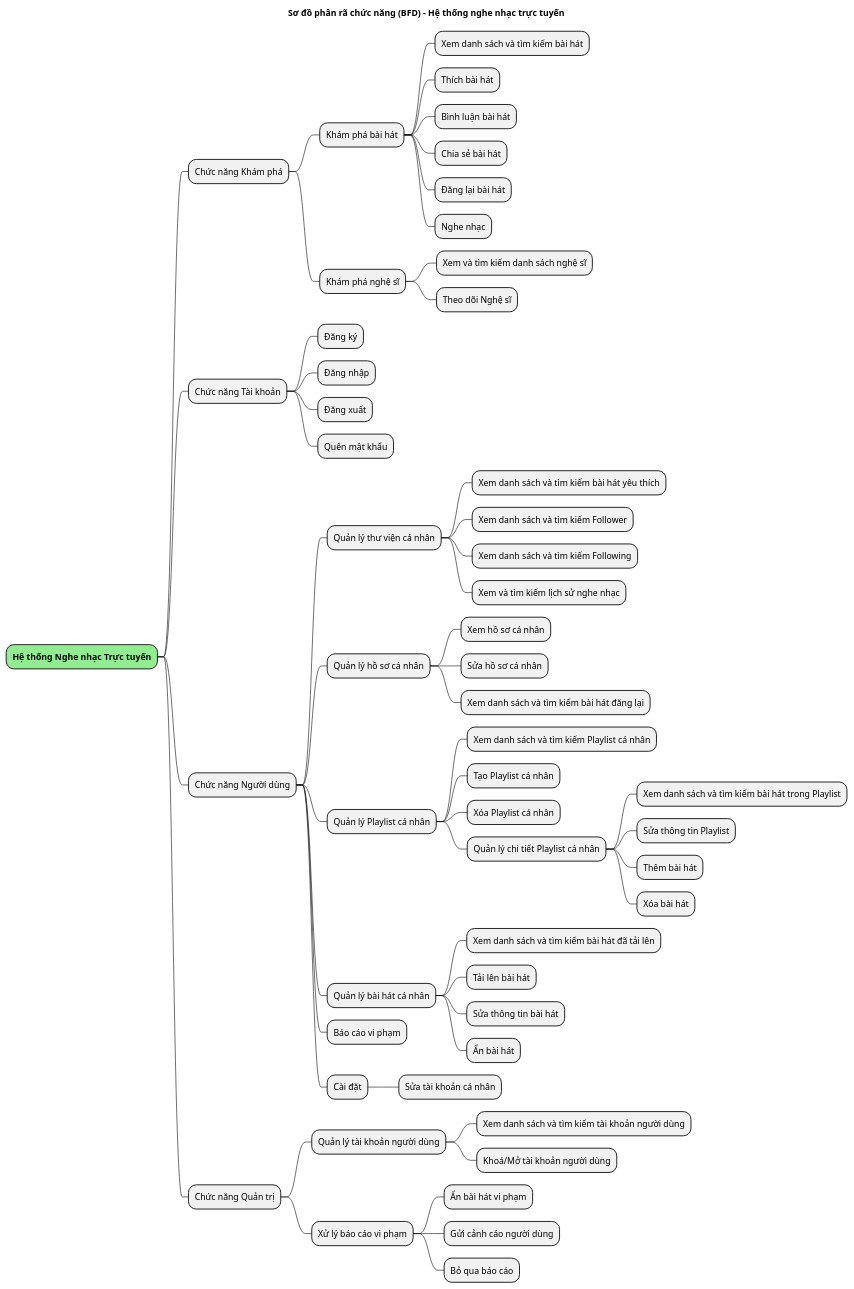
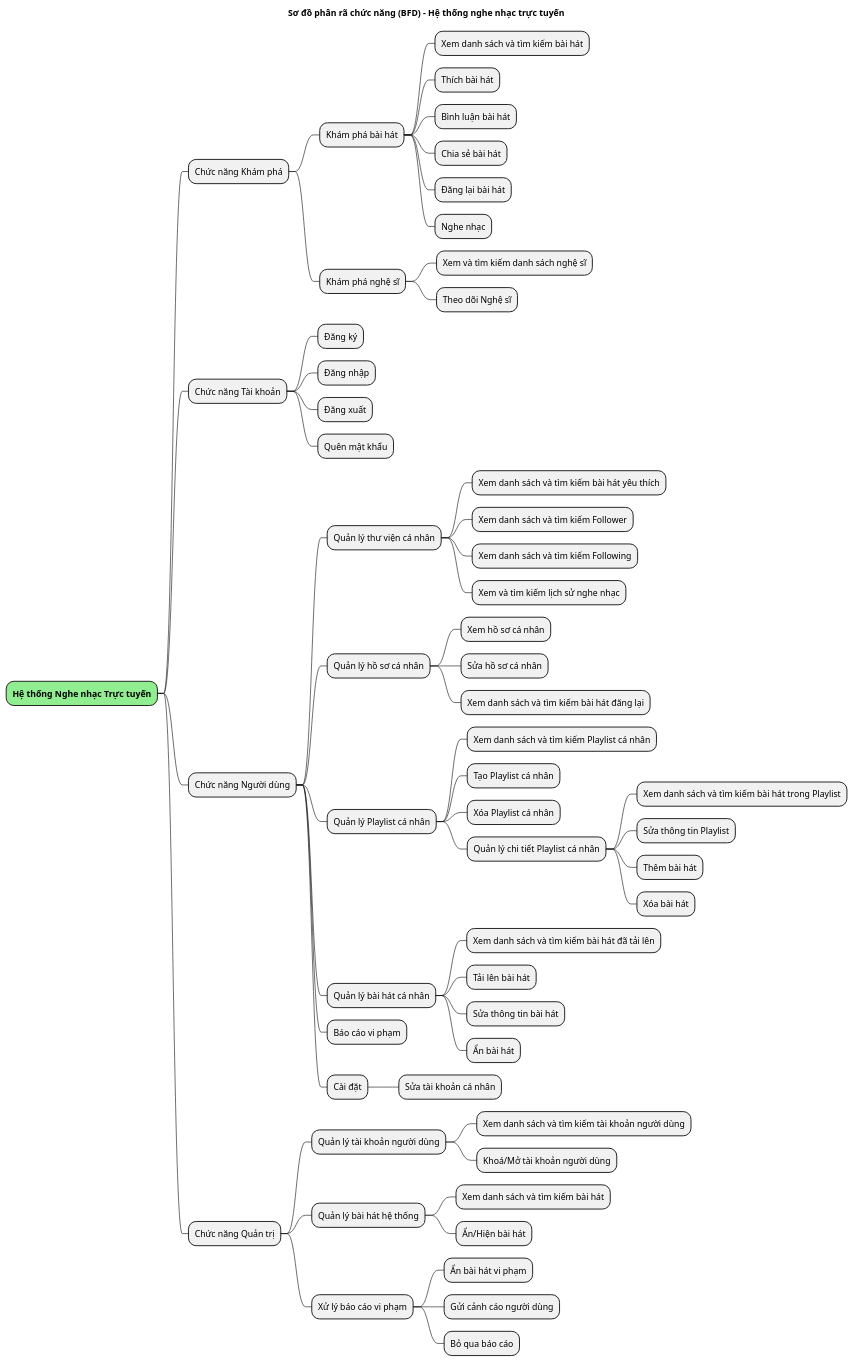
Before and after one commit to vinh047/soundwave: the diagram in Diagrams/BFD.plantuml, drawn with PlantUML. The commit also changed 7 other files, not shown here.

Commit message:
Tách biệt Khám phá bài hát của Admin và User

```diff
--- a/Diagrams/BFD.plantuml
+++ b/Diagrams/BFD.plantuml
@@ -1,57 +1,60 @@
 @startmindmap BFD
 title Sơ đồ phân rã chức năng (BFD) - Hệ thống nghe nhạc trực tuyến
 
 *[#lightgreen] **Hệ thống Nghe nhạc Trực tuyến**
 ** Chức năng Khám phá
 *** Khám phá bài hát
 **** Xem danh sách và tìm kiếm bài hát
 **** Thích bài hát
 **** Bình luận bài hát
 **** Chia sẻ bài hát
 **** Đăng lại bài hát
 **** Nghe nhạc
 *** Khám phá nghệ sĩ
 **** Xem và tìm kiếm danh sách nghệ sĩ
 **** Theo dõi Nghệ sĩ
 ** Chức năng Tài khoản
 *** Đăng ký
 *** Đăng nhập
 *** Đăng xuất
 *** Quên mật khẩu
 ** Chức năng Người dùng
 *** Quản lý thư viện cá nhân
 **** Xem danh sách và tìm kiếm bài hát yêu thích
 **** Xem danh sách và tìm kiếm Follower
 **** Xem danh sách và tìm kiếm Following
 **** Xem và tìm kiếm lịch sử nghe nhạc
 *** Quản lý hồ sơ cá nhân
 **** Xem hồ sơ cá nhân
 **** Sửa hồ sơ cá nhân
 **** Xem danh sách và tìm kiếm bài hát đăng lại
 *** Quản lý Playlist cá nhân
 **** Xem danh sách và tìm kiếm Playlist cá nhân
 **** Tạo Playlist cá nhân
 **** Xóa Playlist cá nhân
 **** Quản lý chi tiết Playlist cá nhân
 ***** Xem danh sách và tìm kiếm bài hát trong Playlist
 ***** Sửa thông tin Playlist
 ***** Thêm bài hát
 ***** Xóa bài hát
 *** Quản lý bài hát cá nhân
 **** Xem danh sách và tìm kiếm bài hát đã tải lên
 **** Tải lên bài hát
 **** Sửa thông tin bài hát
 **** Ẩn bài hát
 *** Báo cáo vi phạm
 *** Cài đặt
 **** Sửa tài khoản cá nhân
 ** Chức năng Quản trị
 *** Quản lý tài khoản người dùng
 **** Xem danh sách và tìm kiếm tài khoản người dùng
 **** Khoá/Mở tài khoản người dùng
+*** Quản lý bài hát hệ thống
+**** Xem danh sách và tìm kiếm bài hát
+**** Ẩn/Hiện bài hát
 *** Xử lý báo cáo vi phạm
 **** Ẩn bài hát vi phạm
 **** Gửi cảnh cáo người dùng
 **** Bỏ qua báo cáo
 
 @endmindmap
```
